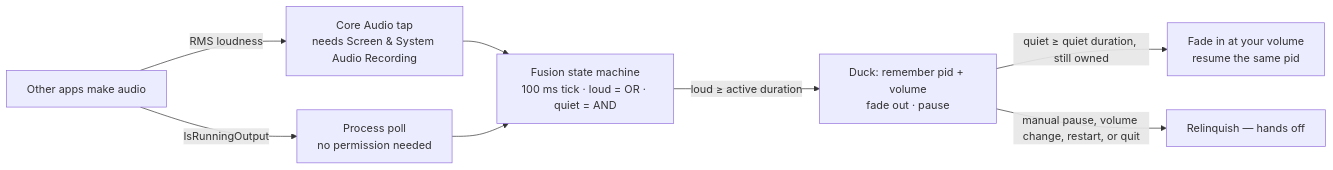
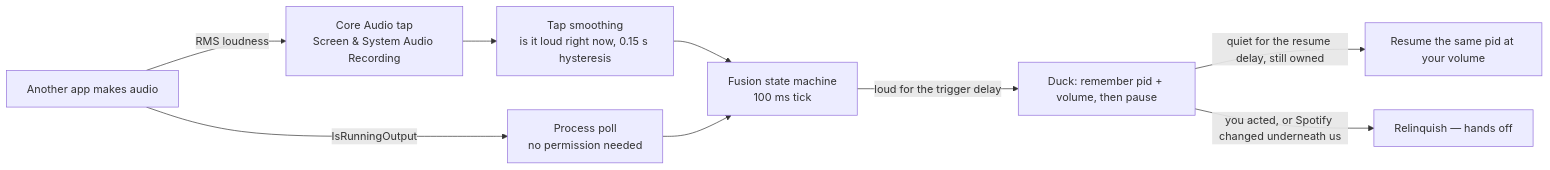
One commit to Kathir-D/Sonar changed the diagram in README.md. Above: the diagram before and after it, drawn with Mermaid. The commit also changed other lines of this file and 4 other files, not shown here.

````diff
--- a/README.md
+++ b/README.md
@@ -269,10 +322,11 @@
 ```mermaid
 flowchart LR
-    X["Other apps make audio"] -->|"RMS loudness"| T["Core Audio tap<br/>needs Screen & System Audio Recording"]
+    X["Another app makes audio"] -->|"RMS loudness"| T["Core Audio tap<br/>Screen &amp; System Audio Recording"]
     X -->|"IsRunningOutput"| P["Process poll<br/>no permission needed"]
-    T --> F["Fusion state machine<br/>100 ms tick · loud = OR · quiet = AND"]
+    T --> S["Tap smoothing<br/>is it loud right now, 0.15 s hysteresis"]
+    S --> F["Fusion state machine<br/>100 ms tick"]
     P --> F
-    F -->|"loud ≥ active duration"| D["Duck: remember pid + volume<br/>fade out · pause"]
-    D -->|"quiet ≥ quiet duration, still owned"| R["Fade in at your volume<br/>resume the same pid"]
-    D -->|"manual pause, volume change, restart, or quit"| N["Relinquish — hands off"]
+    F -->|"loud for the trigger delay"| D["Duck: remember pid + volume, then pause"]
+    D -->|"quiet for the resume delay, still owned"| R["Resume the same pid at your volume"]
+    D -->|"you acted, or Spotify changed underneath us"| N["Relinquish — hands off"]
 ```
````
